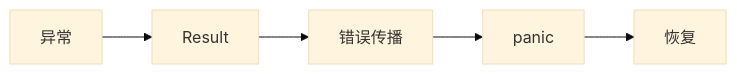
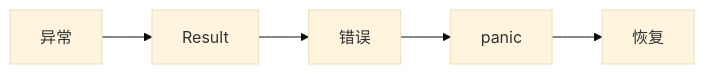
The diagram in 基础知识/编程语言/异常处理与错误传播.md (tghrxxxyyy/knowledge-base), drawn with Mermaid (base theme) before and after one commit. The commit also changed other lines of this file and 385 other files, not shown here.

````diff
--- a/基础知识/编程语言/异常处理与错误传播.md
+++ b/基础知识/编程语言/异常处理与错误传播.md
@@ -19,9 +19,9 @@
 ```mermaid
 flowchart LR
     A[异常]
     B[Result]
-    C[错误传播]
+    C[错误]
     D[panic]
     E[恢复]
     A --> B --> C --> D --> E
 ```
````
